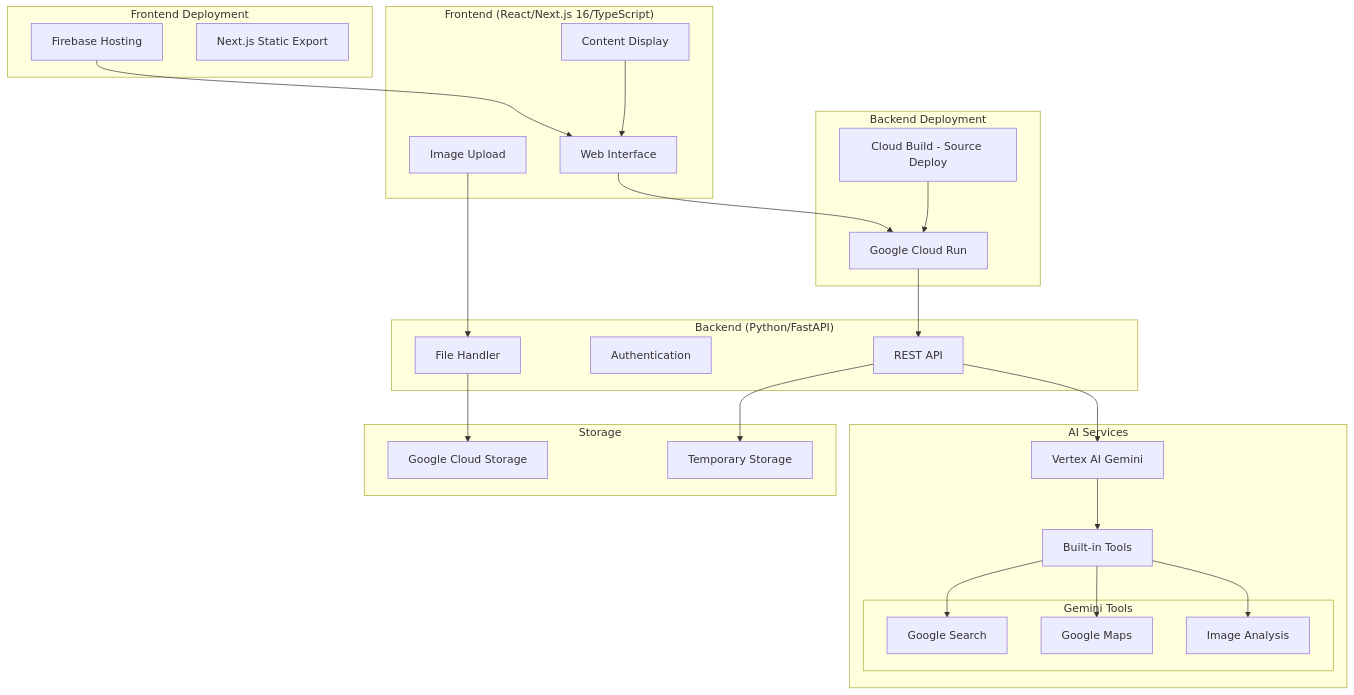
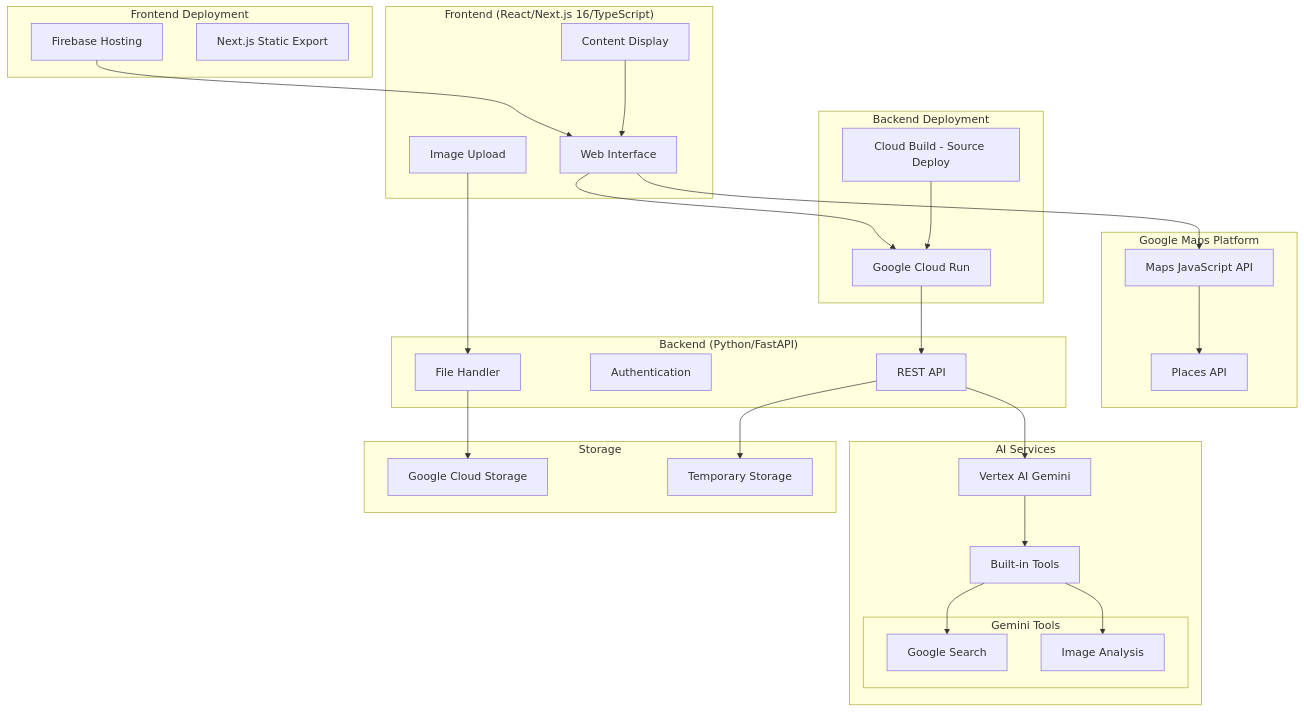
One commit to narumikr/ai-hackathon-4th changed the first of 2 diagrams in .kiro/specs/historical-travel-agent/design.md. Above: the diagram before and after it, drawn with Mermaid. The commit also changed other lines of this file, not shown here.

````diff
--- a/.kiro/specs/historical-travel-agent/design.md
+++ b/.kiro/specs/historical-travel-agent/design.md
@@ -15,54 +15,59 @@
 ```mermaid
 graph TB
     subgraph "Frontend Deployment"
         Firebase[Firebase Hosting]
         StaticFiles[Next.js Static Export]
     end
     
     subgraph "Frontend (React/Next.js 16/TypeScript)"
         UI[Web Interface]
         Upload[Image Upload]
         Display[Content Display]
+    end
+
+    subgraph "Google Maps Platform"
+        MapsJS[Maps JavaScript API]
+        PlacesAPI[Places API]
     end
     
     subgraph "Backend Deployment"
         CloudRun[Google Cloud Run]
         CloudBuild[Cloud Build - Source Deploy]
     end
     
     subgraph "Backend (Python/FastAPI)"
         API[REST API]
         Auth[Authentication]
         FileHandler[File Handler]
     end
     
     subgraph "AI Services"
         Gemini[Vertex AI Gemini]
         Tools[Built-in Tools]
         subgraph "Gemini Tools"
-            Search[Google Search]
-            Maps[Google Maps]
-            Vision[Image Analysis]
+          Search[Google Search]
+          Vision[Image Analysis]
         end
     end
     
     subgraph "Storage"
         CloudStorage[Google Cloud Storage]
         TempStorage[Temporary Storage]
     end
     
     Firebase --> UI
     UI --> CloudRun
+    UI --> MapsJS
+    MapsJS --> PlacesAPI
     CloudBuild --> CloudRun
     CloudRun --> API
     Upload --> FileHandler
     API --> Gemini
     Gemini --> Tools
     Tools --> Search
-    Tools --> Maps
     Tools --> Vision
     FileHandler --> CloudStorage
     API --> TempStorage
     
     Display --> UI
 ```
````
